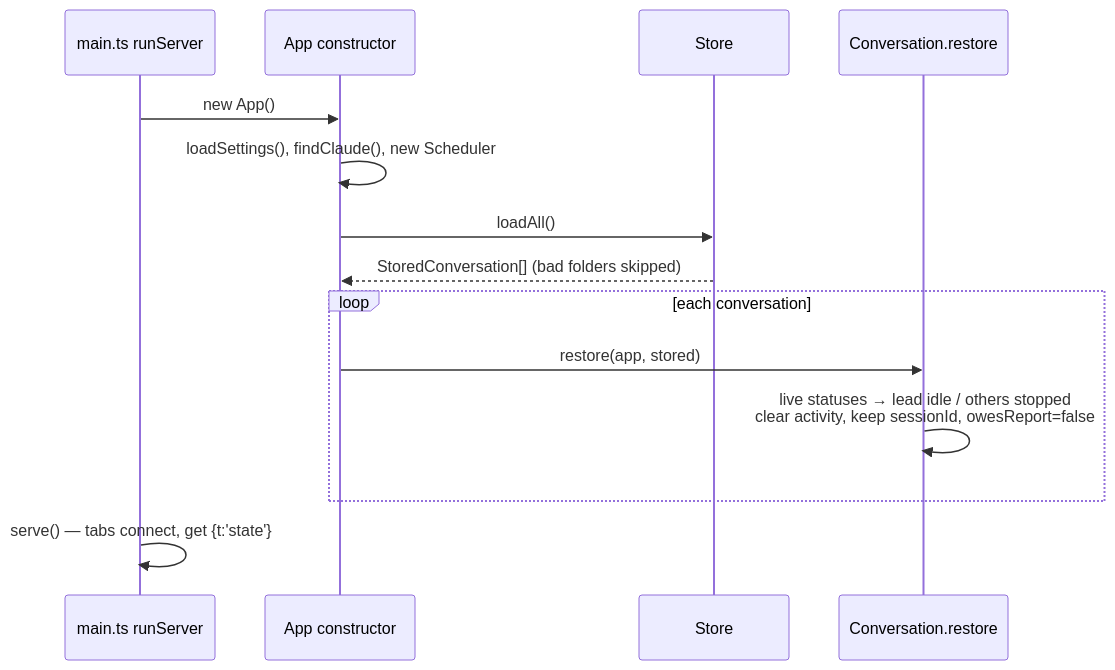
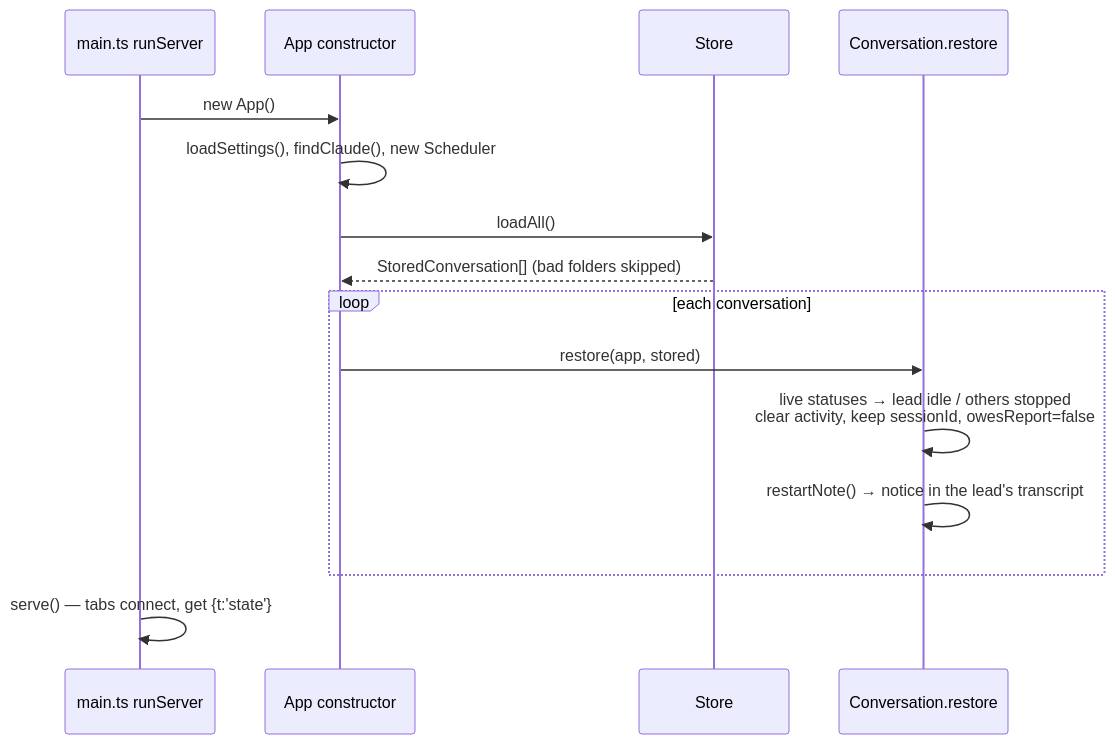
The diagram in docs/wiki/Walkthrough-Restarting-the-App.md (Luxorium/masthead), drawn with Mermaid before and after one commit. The commit also changed other lines of this file and 33 other files, not shown here.

````diff
--- a/docs/wiki/Walkthrough-Restarting-the-App.md
+++ b/docs/wiki/Walkthrough-Restarting-the-App.md
@@ -13,16 +13,17 @@
 ```mermaid
 sequenceDiagram
   participant M as main.ts runServer
   participant P as App constructor
   participant S as Store
   participant C as Conversation.restore
   M->>P: new App()
   P->>P: loadSettings(), findClaude(), new Scheduler
   P->>S: loadAll()
   S-->>P: StoredConversation[] (bad folders skipped)
   loop each conversation
     P->>C: restore(app, stored)
     C->>C: live statuses → lead idle / others stopped<br/>clear activity, keep sessionId, owesReport=false
+    C->>C: restartNote() → notice in the lead's transcript
   end
   M->>M: serve() — tabs connect, get {t:'state'}
 ```
````
